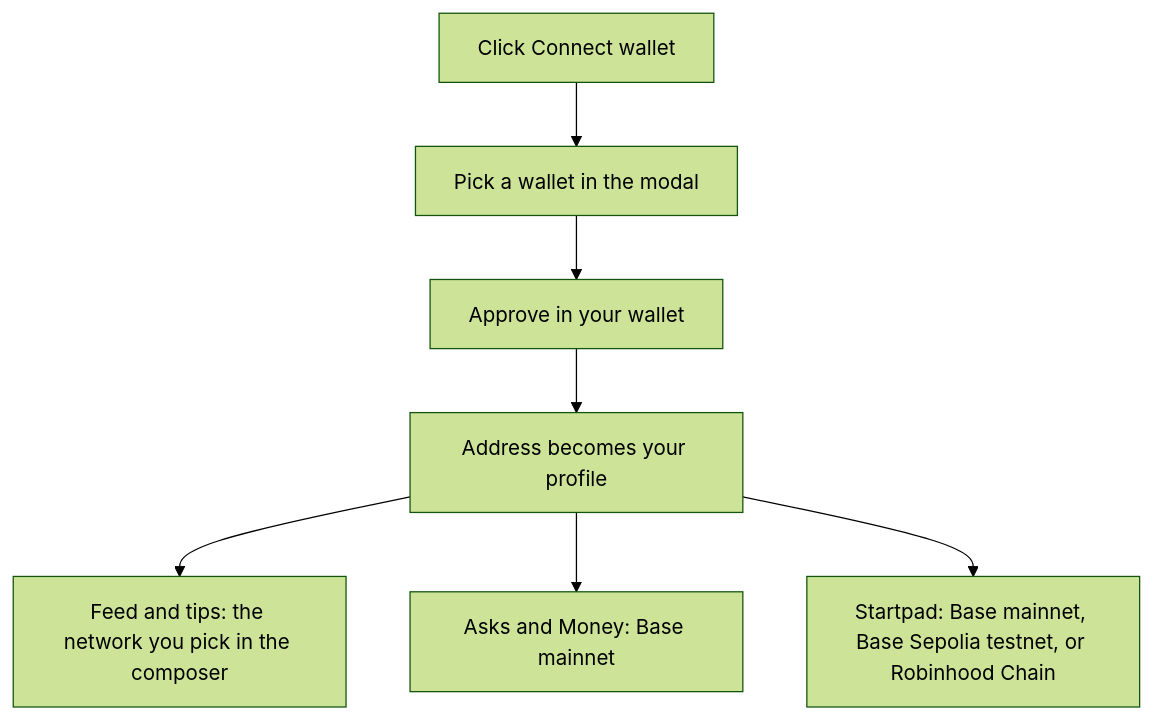
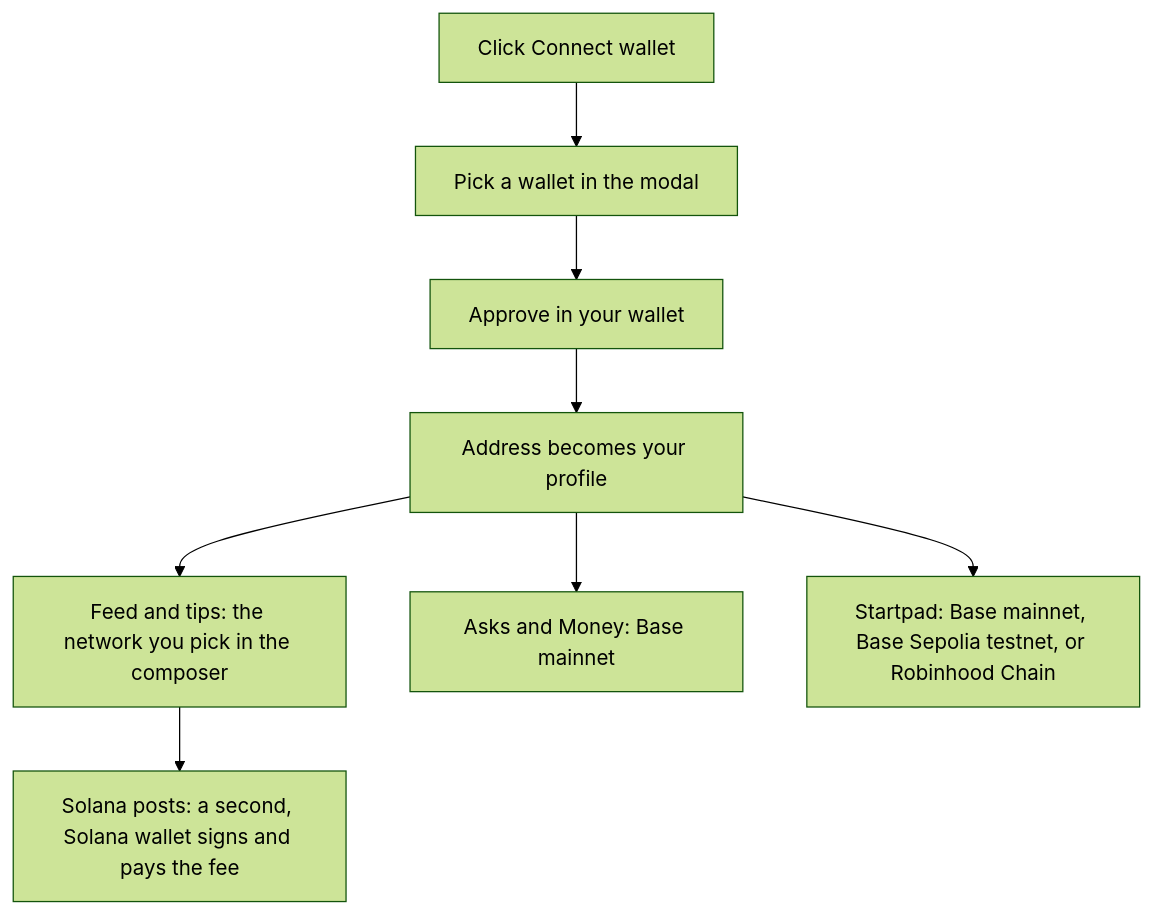
The diagram in app/Docs/_content/getting-started.md (Story91/mysphere), drawn with Mermaid (forest theme) before and after one commit. The commit also changed other lines of this file and 38 other files, not shown here.

````diff
--- a/app/Docs/_content/getting-started.md
+++ b/app/Docs/_content/getting-started.md
@@ -38,9 +38,10 @@
 ```mermaid
 flowchart TD
     A["Click Connect wallet"] --> B["Pick a wallet in the modal"]
     B --> C["Approve in your wallet"]
     C --> D["Address becomes your profile"]
     D --> E["Feed and tips: the network you pick in the composer"]
+    E --> H["Solana posts: a second, Solana wallet signs and pays the fee"]
     D --> F["Asks and Money: Base mainnet"]
     D --> G["Startpad: Base mainnet, Base Sepolia testnet, or Robinhood Chain"]
 ```
````
